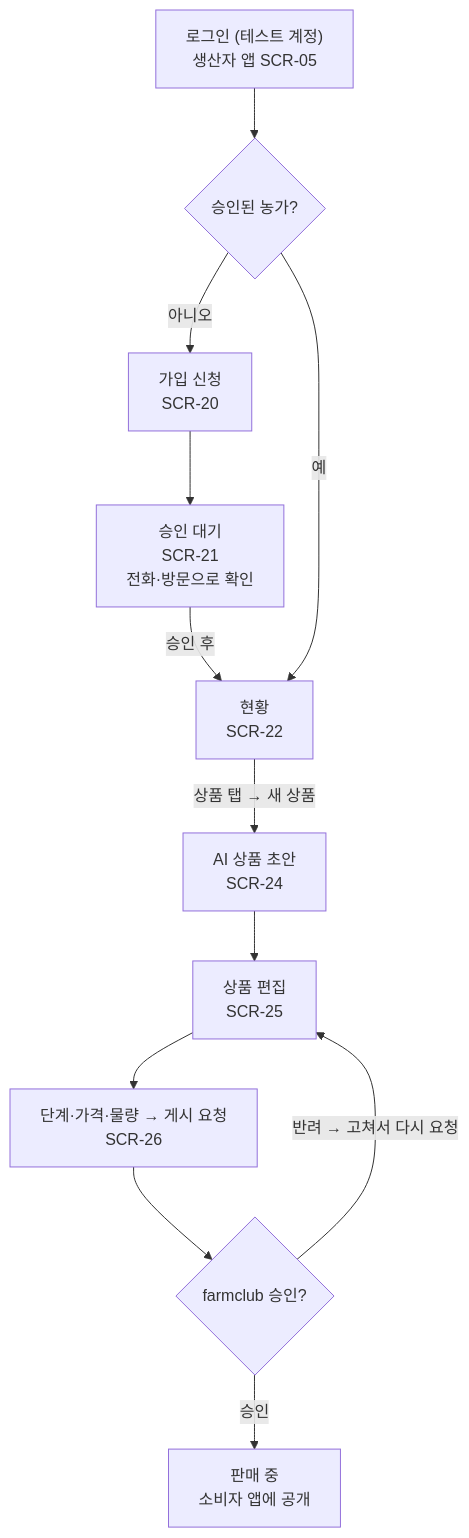
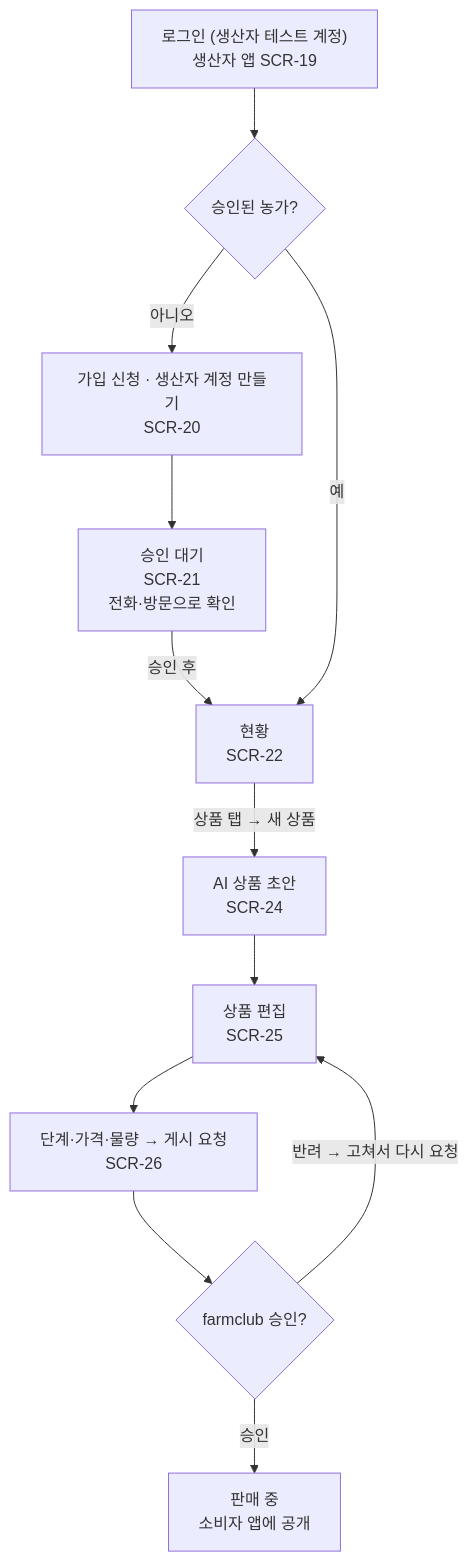
One commit to snuhcs-course/swpp-2026-project-team-06 changed the third of 4 diagrams in docs/spec/ia.md. Above: the diagram before and after it, drawn with Mermaid. The commit also changed other lines of this file, not shown here.

Commit message:
docs(spec): IA 0.4 — 앱별 로그인, 하위 화면·403·정지 안내, IA-Q4 변경 (SWPP-81)

````diff
--- a/docs/spec/ia.md
+++ b/docs/spec/ia.md
@@ -204,11 +220,11 @@
 ```mermaid
 flowchart TD
-  a["로그인 (테스트 계정)<br/>생산자 앱 SCR-05"] --> d1{"승인된 농가?"}
-  d1 -- 아니오 --> b["가입 신청<br/>SCR-20"] --> c["승인 대기<br/>SCR-21<br/>전화·방문으로 확인"]
+  a["로그인 (생산자 테스트 계정)<br/>생산자 앱 SCR-19"] --> d1{"승인된 농가?"}
+  d1 -- 아니오 --> b["가입 신청 · 생산자 계정 만들기<br/>SCR-20"] --> c["승인 대기<br/>SCR-21<br/>전화·방문으로 확인"]
   c -- 승인 후 --> h["현황<br/>SCR-22"]
   d1 -- 예 --> h
   h -- 상품 탭 → 새 상품 --> dr["AI 상품 초안<br/>SCR-24"] --> ed["상품 편집<br/>SCR-25"] --> st["단계·가격·물량 → 게시 요청<br/>SCR-26"]
   st --> d2{"farmclub 승인?"}
   d2 -- 반려 → 고쳐서 다시 요청 --> ed
   d2 -- 승인 --> live["판매 중<br/>소비자 앱에 공개"]
 ```
````
